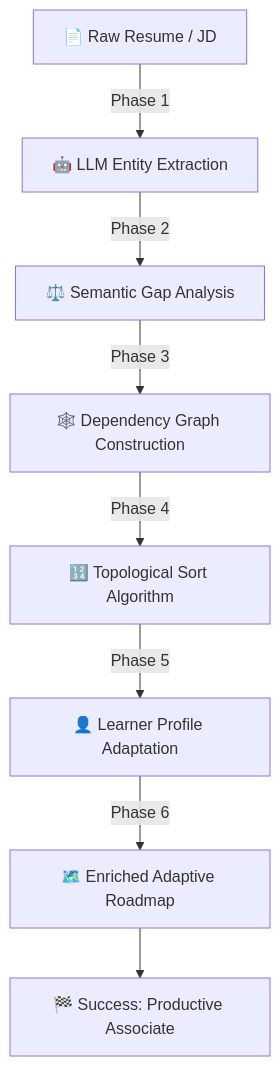
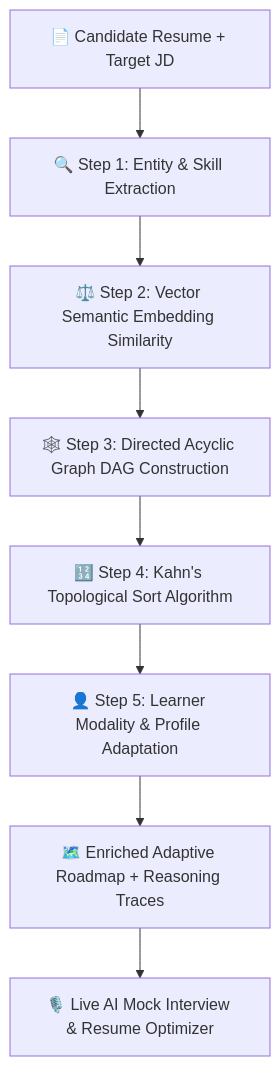
One commit to HARSHILL2023/ArtPark_CodeForge_Hackathon changed the diagram in README.md. Above: the diagram before and after it, drawn with Mermaid. The commit also changed other lines of this file and 18 other files, not shown here.

````diff
--- a/README.md
+++ b/README.md
@@ -62,10 +70,10 @@
 ```mermaid
-graph TD
-    A[📄 Raw Resume / JD] -->|Phase 1| B[🤖 LLM Entity Extraction]
-    B -->|Phase 2| C[⚖️ Semantic Gap Analysis]
-    C -->|Phase 3| D[🕸️ Dependency Graph Construction]
-    D -->|Phase 4| E[🔢 Topological Sort Algorithm]
-    E -->|Phase 5| F[👤 Learner Profile Adaptation]
-    F -->|Phase 6| G[🗺️ Enriched Adaptive Roadmap]
-    G --> H[🏁 Success: Productive Associate]
+flowchart TD
+    A[📄 Candidate Resume + Target JD] --> B[🔍 Step 1: Entity & Skill Extraction]
+    B --> C[⚖️ Step 2: Vector Semantic Embedding Similarity]
+    C --> D[🕸️ Step 3: Directed Acyclic Graph DAG Construction]
+    D --> E[🔢 Step 4: Kahn's Topological Sort Algorithm]
+    E --> F[👤 Step 5: Learner Modality & Profile Adaptation]
+    F --> G[🗺️ Enriched Adaptive Roadmap + Reasoning Traces]
+    G --> H[🎙️ Live AI Mock Interview & Resume Optimizer]
 ```
````
